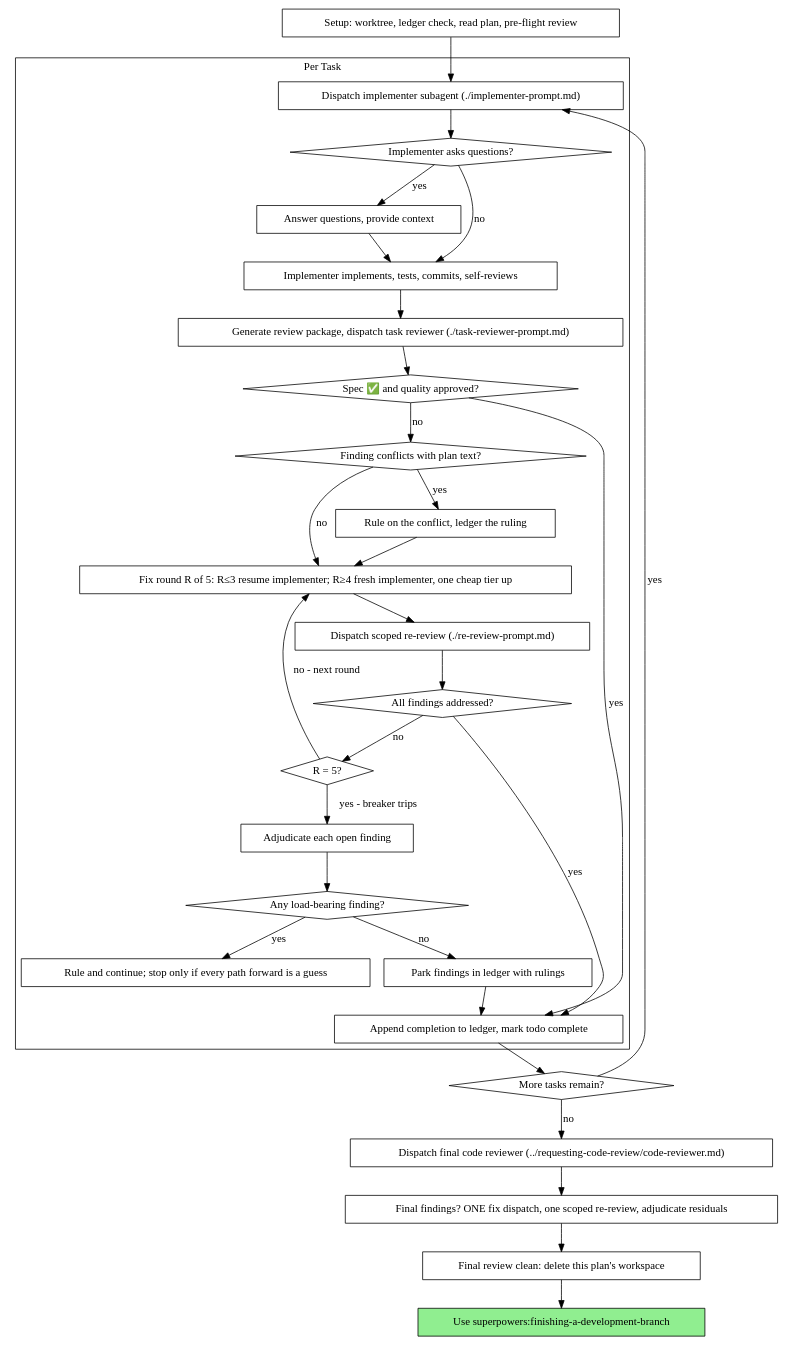
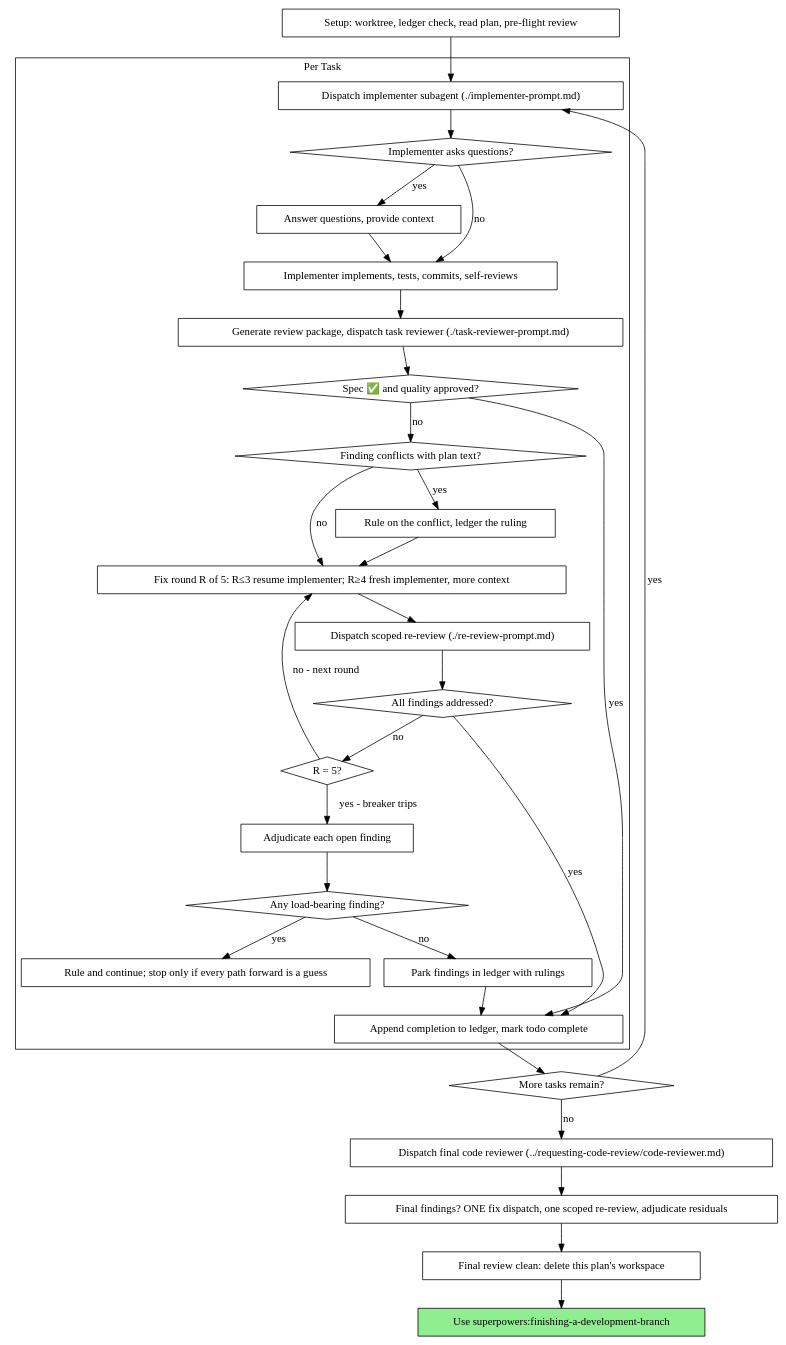
The second of 2 diagrams in skills/subagent-driven-development/SKILL.md (loremauro98/icm-core), drawn with Graphviz before and after one commit. The commit also changed other lines of this file and 11 other files, not shown here.

````diff
--- a/skills/subagent-driven-development/SKILL.md
+++ b/skills/subagent-driven-development/SKILL.md
@@ -61,62 +61,62 @@
 ```dot
 digraph process {
     rankdir=TB;
 
     subgraph cluster_per_task {
         label="Per Task";
         "Dispatch implementer subagent (./implementer-prompt.md)" [shape=box];
         "Implementer asks questions?" [shape=diamond];
         "Answer questions, provide context" [shape=box];
         "Implementer implements, tests, commits, self-reviews" [shape=box];
         "Generate review package, dispatch task reviewer (./task-reviewer-prompt.md)" [shape=box];
         "Spec ✅ and quality approved?" [shape=diamond];
         "Finding conflicts with plan text?" [shape=diamond];
         "Rule on the conflict, ledger the ruling" [shape=box];
-        "Fix round R of 5: R≤3 resume implementer; R≥4 fresh implementer, one cheap tier up" [shape=box];
+        "Fix round R of 5: R≤3 resume implementer; R≥4 fresh implementer, more context" [shape=box];
         "Dispatch scoped re-review (./re-review-prompt.md)" [shape=box];
         "All findings addressed?" [shape=diamond];
         "R = 5?" [shape=diamond];
         "Adjudicate each open finding" [shape=box];
         "Any load-bearing finding?" [shape=diamond];
         "Rule and continue; stop only if every path forward is a guess" [shape=box];
         "Park findings in ledger with rulings" [shape=box];
         "Append completion to ledger, mark todo complete" [shape=box];
     }
 
     "Setup: worktree, ledger check, read plan, pre-flight review" [shape=box];
     "More tasks remain?" [shape=diamond];
     "Dispatch final code reviewer (../requesting-code-review/code-reviewer.md)" [shape=box];
     "Final findings? ONE fix dispatch, one scoped re-review, adjudicate residuals" [shape=box];
     "Final review clean: delete this plan's workspace" [shape=box];
     "Use superpowers:finishing-a-development-branch" [shape=box style=filled fillcolor=lightgreen];
 
     "Setup: worktree, ledger check, read plan, pre-flight review" -> "Dispatch implementer subagent (./implementer-prompt.md)";
     "Dispatch implementer subagent (./implementer-prompt.md)" -> "Implementer asks questions?";
     "Implementer asks questions?" -> "Answer questions, provide context" [label="yes"];
     "Answer questions, provide context" -> "Implementer implements, tests, commits, self-reviews";
     "Implementer asks questions?" -> "Implementer implements, tests, commits, self-reviews" [label="no"];
     "Implementer implements, tests, commits, self-reviews" -> "Generate review package, dispatch task reviewer (./task-reviewer-prompt.md)";
     "Generate review package, dispatch task reviewer (./task-reviewer-prompt.md)" -> "Spec ✅ and quality approved?";
     "Spec ✅ and quality approved?" -> "Append completion to ledger, mark todo complete" [label="yes"];
     "Spec ✅ and quality approved?" -> "Finding conflicts with plan text?" [label="no"];
     "Finding conflicts with plan text?" -> "Rule on the conflict, ledger the ruling" [label="yes"];
-    "Rule on the conflict, ledger the ruling" -> "Fix round R of 5: R≤3 resume implementer; R≥4 fresh implementer, one cheap tier up";
-    "Finding conflicts with plan text?" -> "Fix round R of 5: R≤3 resume implementer; R≥4 fresh implementer, one cheap tier up" [label="no"];
-    "Fix round R of 5: R≤3 resume implementer; R≥4 fresh implementer, one cheap tier up" -> "Dispatch scoped re-review (./re-review-prompt.md)";
+    "Rule on the conflict, ledger the ruling" -> "Fix round R of 5: R≤3 resume implementer; R≥4 fresh implementer, more context";
+    "Finding conflicts with plan text?" -> "Fix round R of 5: R≤3 resume implementer; R≥4 fresh implementer, more context" [label="no"];
+    "Fix round R of 5: R≤3 resume implementer; R≥4 fresh implementer, more context" -> "Dispatch scoped re-review (./re-review-prompt.md)";
     "Dispatch scoped re-review (./re-review-prompt.md)" -> "All findings addressed?";
     "All findings addressed?" -> "Append completion to ledger, mark todo complete" [label="yes"];
     "All findings addressed?" -> "R = 5?" [label="no"];
-    "R = 5?" -> "Fix round R of 5: R≤3 resume implementer; R≥4 fresh implementer, one cheap tier up" [label="no - next round"];
+    "R = 5?" -> "Fix round R of 5: R≤3 resume implementer; R≥4 fresh implementer, more context" [label="no - next round"];
     "R = 5?" -> "Adjudicate each open finding" [label="yes - breaker trips"];
     "Adjudicate each open finding" -> "Any load-bearing finding?";
     "Any load-bearing finding?" -> "Rule and continue; stop only if every path forward is a guess" [label="yes"];
     "Any load-bearing finding?" -> "Park findings in ledger with rulings" [label="no"];
     "Park findings in ledger with rulings" -> "Append completion to ledger, mark todo complete";
     "Append completion to ledger, mark todo complete" -> "More tasks remain?";
     "More tasks remain?" -> "Dispatch implementer subagent (./implementer-prompt.md)" [label="yes"];
     "More tasks remain?" -> "Dispatch final code reviewer (../requesting-code-review/code-reviewer.md)" [label="no"];
     "Dispatch final code reviewer (../requesting-code-review/code-reviewer.md)" -> "Final findings? ONE fix dispatch, one scoped re-review, adjudicate residuals";
     "Final findings? ONE fix dispatch, one scoped re-review, adjudicate residuals" -> "Final review clean: delete this plan's workspace";
     "Final review clean: delete this plan's workspace" -> "Use superpowers:finishing-a-development-branch";
 }
 ```
````
